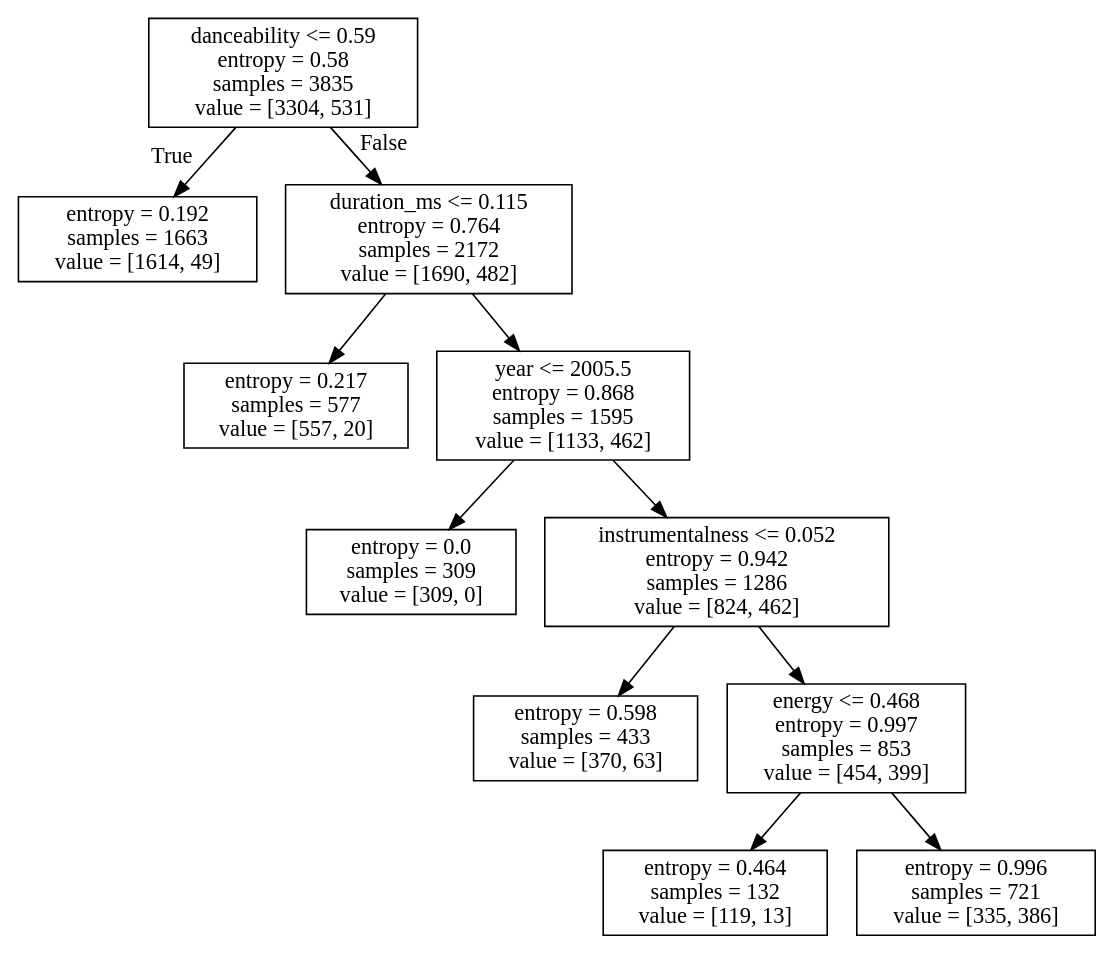
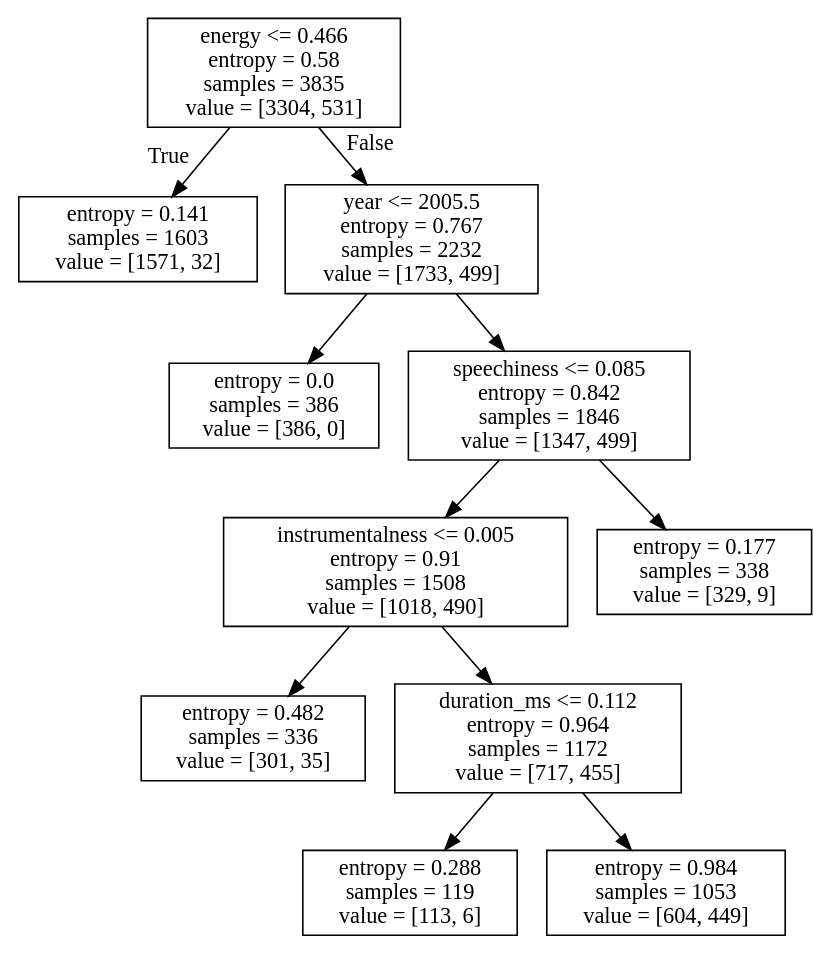
The diagram in jazz_DT.dot (CrystalCo/audio_features_popularity_classifiers), drawn with Graphviz before and after one commit. The commit also changed 49 other files, not shown here.

```diff
--- a/jazz_DT.dot
+++ b/jazz_DT.dot
@@ -1,24 +1,24 @@
 digraph Tree {
 node [shape=box] ;
-0 [label="danceability <= 0.59\nentropy = 0.58\nsamples = 3835\nvalue = [3304, 531]"] ;
-1 [label="entropy = 0.192\nsamples = 1663\nvalue = [1614, 49]"] ;
+0 [label="energy <= 0.466\nentropy = 0.58\nsamples = 3835\nvalue = [3304, 531]"] ;
+1 [label="entropy = 0.141\nsamples = 1603\nvalue = [1571, 32]"] ;
 0 -> 1 [labeldistance=2.5, labelangle=45, headlabel="True"] ;
-2 [label="duration_ms <= 0.115\nentropy = 0.764\nsamples = 2172\nvalue = [1690, 482]"] ;
+2 [label="year <= 2005.5\nentropy = 0.767\nsamples = 2232\nvalue = [1733, 499]"] ;
 0 -> 2 [labeldistance=2.5, labelangle=-45, headlabel="False"] ;
-3 [label="entropy = 0.217\nsamples = 577\nvalue = [557, 20]"] ;
+3 [label="entropy = 0.0\nsamples = 386\nvalue = [386, 0]"] ;
 2 -> 3 ;
-4 [label="year <= 2005.5\nentropy = 0.868\nsamples = 1595\nvalue = [1133, 462]"] ;
+4 [label="speechiness <= 0.085\nentropy = 0.842\nsamples = 1846\nvalue = [1347, 499]"] ;
 2 -> 4 ;
-5 [label="entropy = 0.0\nsamples = 309\nvalue = [309, 0]"] ;
+5 [label="instrumentalness <= 0.005\nentropy = 0.91\nsamples = 1508\nvalue = [1018, 490]"] ;
 4 -> 5 ;
-6 [label="instrumentalness <= 0.052\nentropy = 0.942\nsamples = 1286\nvalue = [824, 462]"] ;
-4 -> 6 ;
-7 [label="entropy = 0.598\nsamples = 433\nvalue = [370, 63]"] ;
-6 -> 7 ;
-8 [label="energy <= 0.468\nentropy = 0.997\nsamples = 853\nvalue = [454, 399]"] ;
-6 -> 8 ;
-9 [label="entropy = 0.464\nsamples = 132\nvalue = [119, 13]"] ;
-8 -> 9 ;
-10 [label="entropy = 0.996\nsamples = 721\nvalue = [335, 386]"] ;
-8 -> 10 ;
+6 [label="entropy = 0.482\nsamples = 336\nvalue = [301, 35]"] ;
+5 -> 6 ;
+7 [label="duration_ms <= 0.112\nentropy = 0.964\nsamples = 1172\nvalue = [717, 455]"] ;
+5 -> 7 ;
+8 [label="entropy = 0.288\nsamples = 119\nvalue = [113, 6]"] ;
+7 -> 8 ;
+9 [label="entropy = 0.984\nsamples = 1053\nvalue = [604, 449]"] ;
+7 -> 9 ;
+10 [label="entropy = 0.177\nsamples = 338\nvalue = [329, 9]"] ;
+4 -> 10 ;
 }
```
